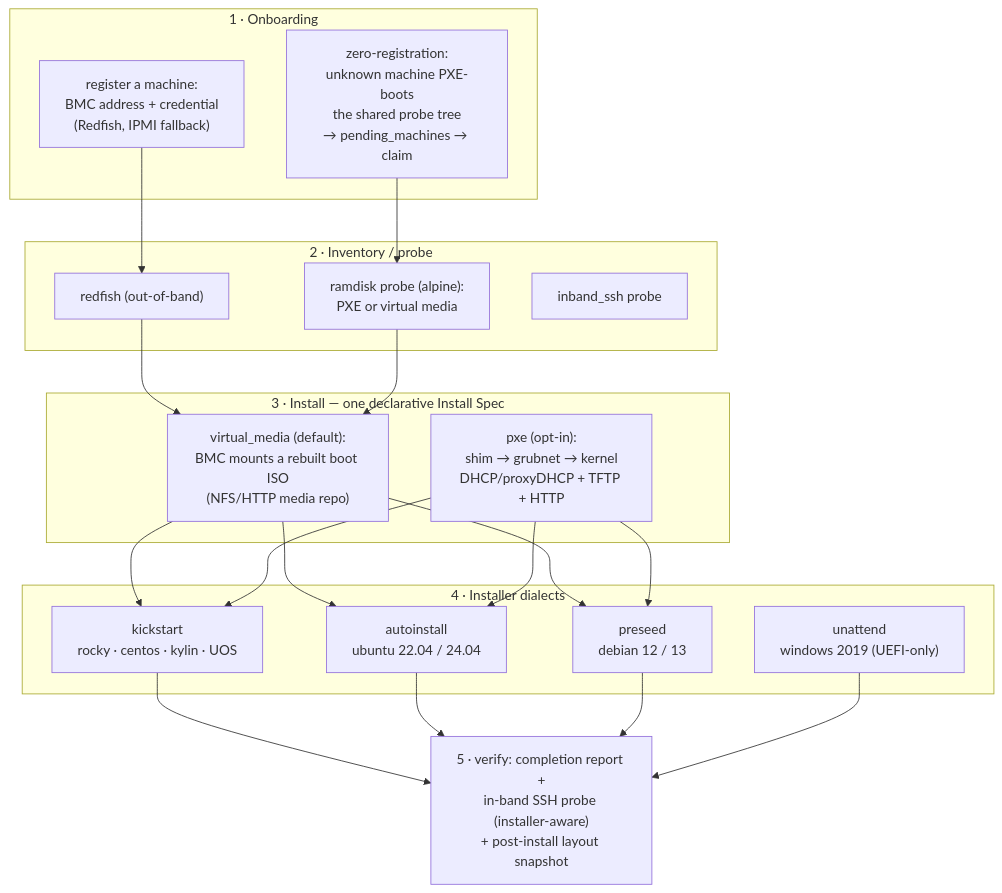
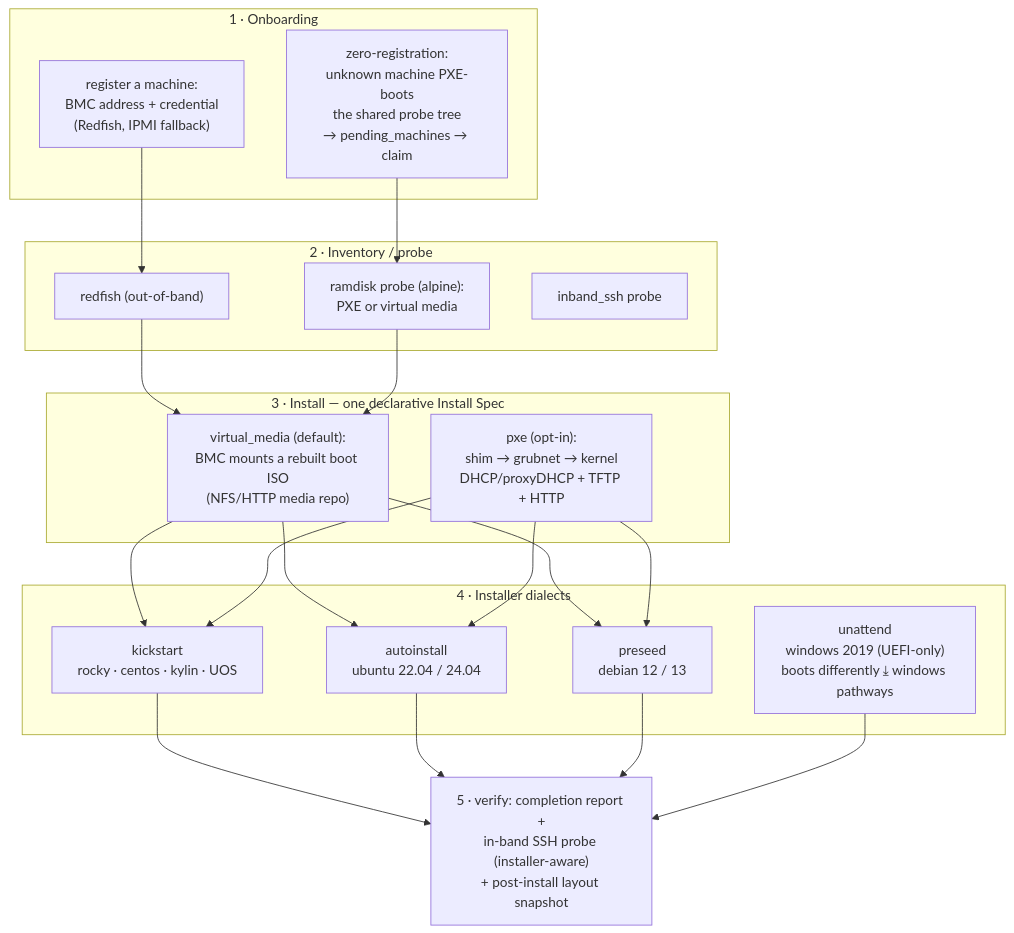
The first of 3 diagrams in README.md (3th1nk/mammoth), drawn with Mermaid before and after one commit. The commit also changed other lines of this file and 1 other file, not shown here.

First line of the commit message:
docs(readme): At a glance 补 windows 通路子图——两通路引导形态与 Linux 不同

````diff
--- a/README.md
+++ b/README.md
@@ -51,37 +51,37 @@
 ```mermaid
 flowchart TD
     subgraph ON["1 · Onboarding"]
         reg["register a machine:<br/>BMC address + credential<br/>(Redfish, IPMI fallback)"]
         zr["zero-registration:<br/>unknown machine PXE-boots<br/>the shared probe tree<br/>→ pending_machines → claim"]
     end
     subgraph INV["2 · Inventory / probe"]
         rf["redfish (out-of-band)"]
         ram["ramdisk probe (alpine):<br/>PXE or virtual media"]
         ish["inband_ssh probe"]
     end
     subgraph INS["3 · Install — one declarative Install Spec"]
         vm["virtual_media (default):<br/>BMC mounts a rebuilt boot ISO<br/>(NFS/HTTP media repo)"]
         pxe["pxe (opt-in):<br/>shim → grubnet → kernel<br/>DHCP/proxyDHCP + TFTP + HTTP"]
     end
     subgraph DIA["4 · Installer dialects"]
         ks["kickstart<br/>rocky · centos · kylin · UOS"]
         ai["autoinstall<br/>ubuntu 22.04 / 24.04"]
         ps["preseed<br/>debian 12 / 13"]
-        wu["unattend<br/>windows 2019 (UEFI-only)"]
+        wu["unattend<br/>windows 2019 (UEFI-only)<br/>boots differently ⤓ windows pathways"]
     end
     ver["5 · verify: completion report +<br/>in-band SSH probe (installer-aware)<br/>+ post-install layout snapshot"]
     reg --> rf
     zr --> ram
     rf --> vm
     ram --> vm
     vm --> ks
     vm --> ai
     vm --> ps
     pxe --> ks
     pxe --> ai
     pxe --> ps
     ks --> ver
     ai --> ver
     ps --> ver
     wu --> ver
 ```
````
